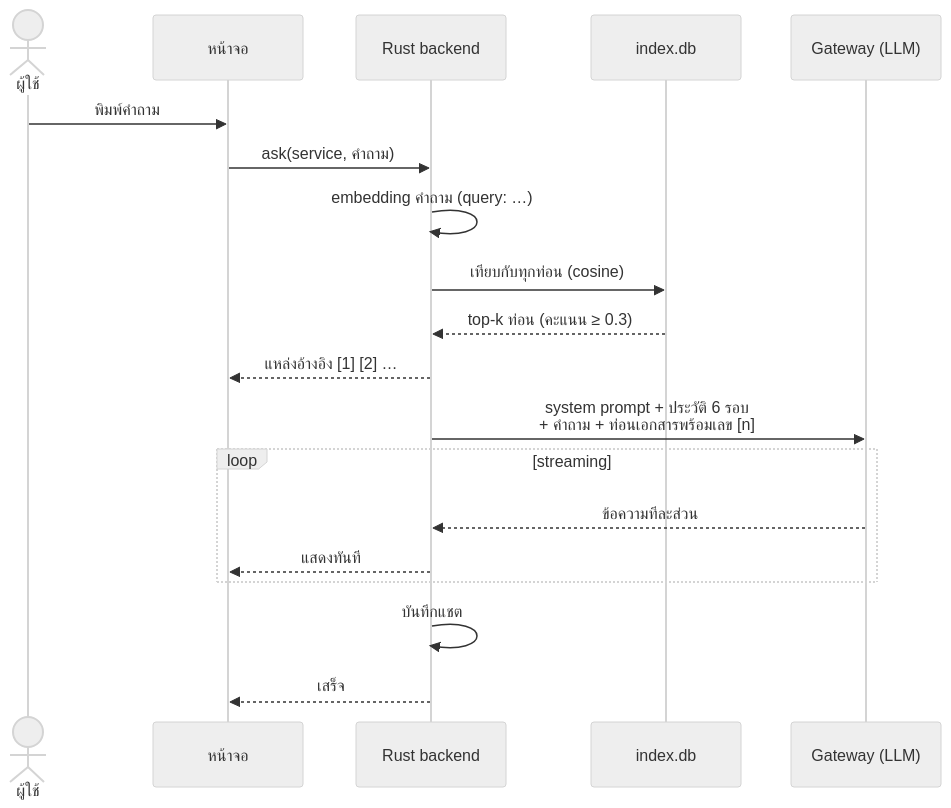
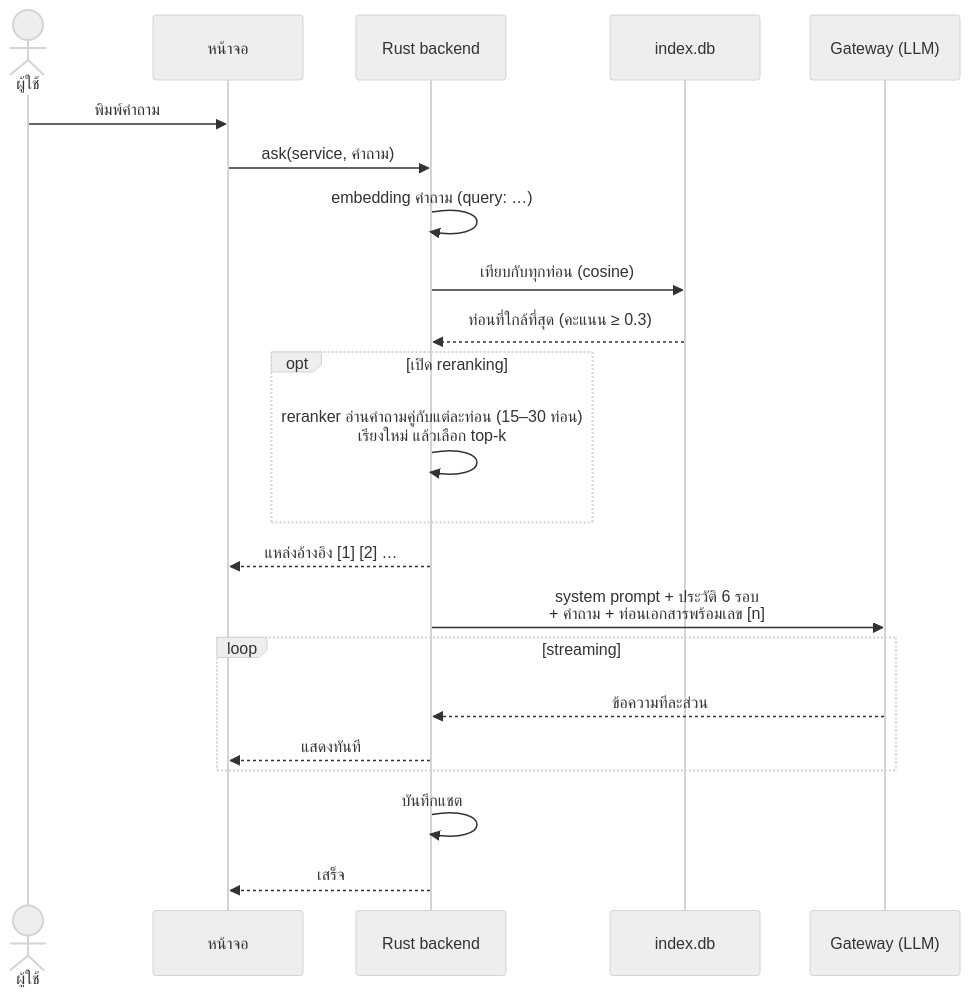
One commit to bebarboss/local_notebook changed the fourth of 5 diagrams in README.md. Above: the diagram before and after it, drawn with Mermaid (neutral theme). The commit also changed other lines of this file and 19 other files, not shown here.

````diff
--- a/README.md
+++ b/README.md
@@ -125,22 +129,25 @@
 ```mermaid
 sequenceDiagram
     actor U as ผู้ใช้
     participant UI as หน้าจอ
     participant R as Rust backend
     participant DB as index.db
     participant GW as Gateway (LLM)
 
     U->>UI: พิมพ์คำถาม
     UI->>R: ask(service, คำถาม)
     R->>R: embedding คำถาม (query: …)
     R->>DB: เทียบกับทุกท่อน (cosine)
-    DB-->>R: top-k ท่อน (คะแนน ≥ 0.3)
+    DB-->>R: ท่อนที่ใกล้ที่สุด (คะแนน ≥ 0.3)
+    opt เปิด reranking
+        R->>R: reranker อ่านคำถามคู่กับแต่ละท่อน (15–30 ท่อน)<br/>เรียงใหม่ แล้วเลือก top-k
+    end
     R-->>UI: แหล่งอ้างอิง [1] [2] …
     R->>GW: system prompt + ประวัติ 6 รอบ<br/>+ คำถาม + ท่อนเอกสารพร้อมเลข [n]
     loop streaming
         GW-->>R: ข้อความทีละส่วน
         R-->>UI: แสดงทันที
     end
     R->>R: บันทึกแชต
     R-->>UI: เสร็จ
 ```
````
